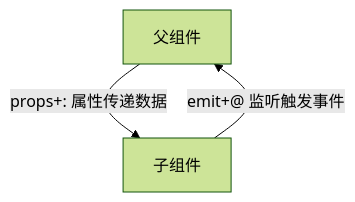
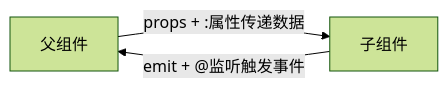
One commit to Coconut3223/io changed the diagram in docs/source/frontend/vue.rst. Above: the diagram before and after it, drawn with Mermaid (forest theme). The commit also changed other lines of this file and 5 other files, not shown here.

```diff
--- a/docs/source/frontend/vue.rst
+++ b/docs/source/frontend/vue.rst
@@ -502,8 +509,8 @@
 .. mermaid::
 
-    flowchart
+    flowchart LR
 
-    父组件
-    子组件
-    父组件 --props+: 属性传递数据 -->子组件
-    子组件 --emit+@ 监听触发事件--> 父组件
+    A[父组件]
+    B[子组件]
+    A --"props + :属性传递数据"--> B
+    B --"emit + @监听触发事件"--> A
```
